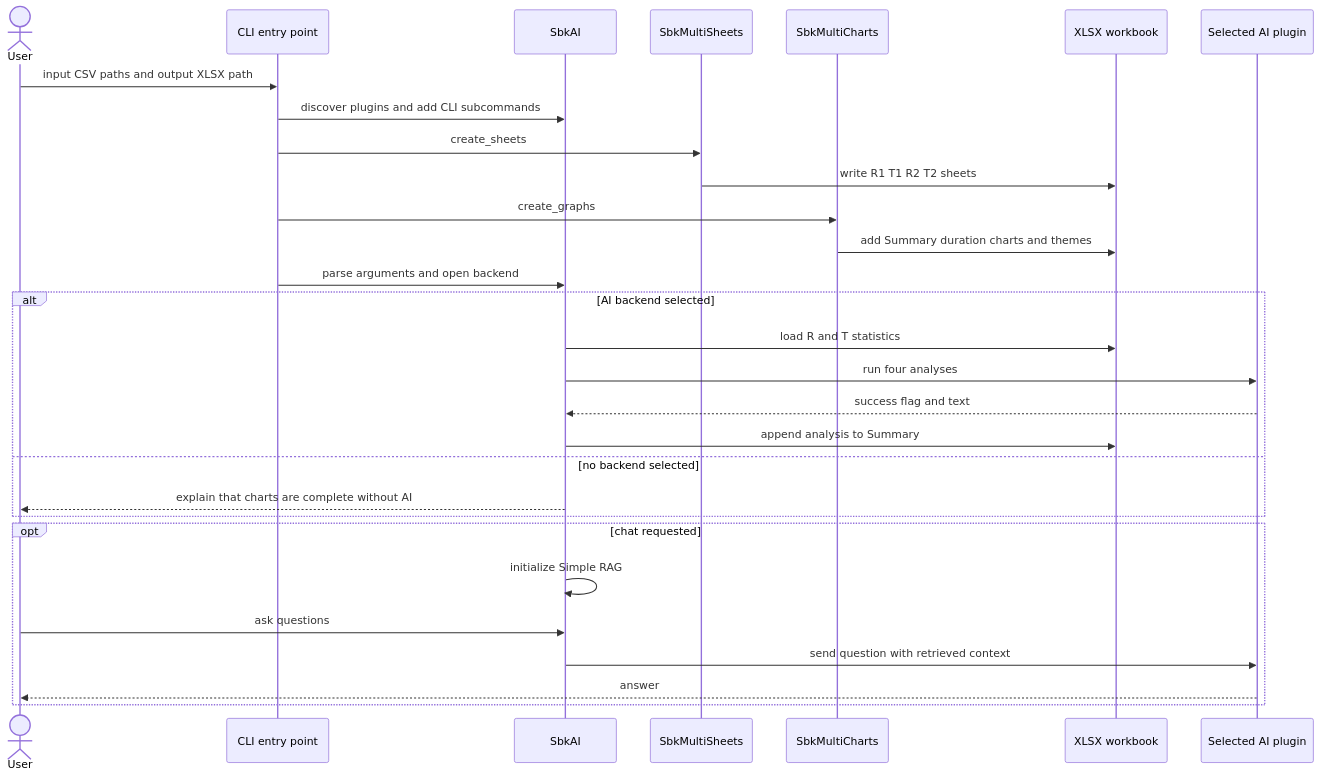
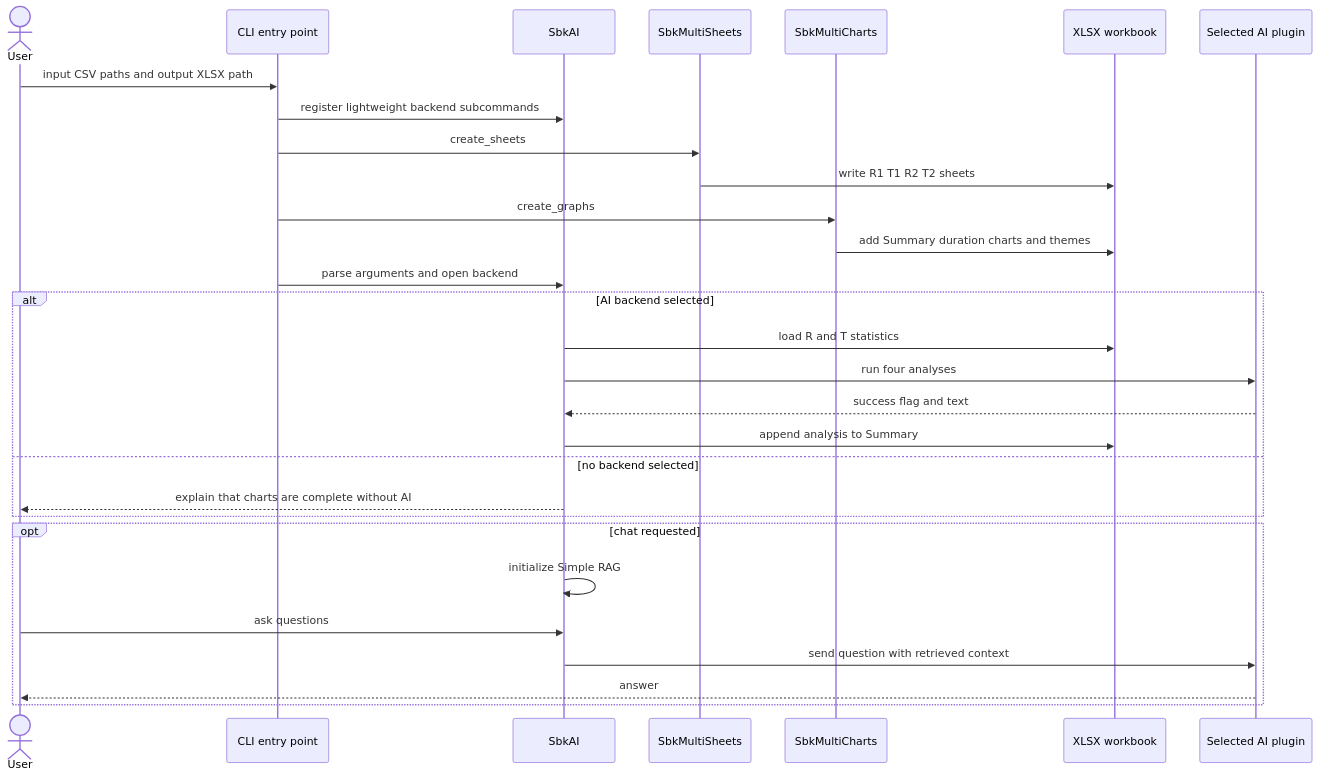
Before and after one commit to kmgowda/sbk-charts: the second of 8 diagrams in docs/ARCHITECTURE.md, drawn with Mermaid. The commit also changed other lines of this file and 38 other files, not shown here.

````diff
--- a/docs/ARCHITECTURE.md
+++ b/docs/ARCHITECTURE.md
@@ -54,32 +54,32 @@
 ```mermaid
 sequenceDiagram
     actor User
     participant Main as CLI entry point
     participant AI as SbkAI
     participant Sheets as SbkMultiSheets
     participant Charts as SbkMultiCharts
     participant Book as XLSX workbook
     participant Plugin as Selected AI plugin
 
     User->>Main: input CSV paths and output XLSX path
-    Main->>AI: discover plugins and add CLI subcommands
+    Main->>AI: register lightweight backend subcommands
     Main->>Sheets: create_sheets
     Sheets->>Book: write R1 T1 R2 T2 sheets
     Main->>Charts: create_graphs
     Charts->>Book: add Summary duration charts and themes
     Main->>AI: parse arguments and open backend
     alt AI backend selected
         AI->>Book: load R and T statistics
         AI->>Plugin: run four analyses
         Plugin-->>AI: success flag and text
         AI->>Book: append analysis to Summary
     else no backend selected
         AI-->>User: explain that charts are complete without AI
     end
     opt chat requested
         AI->>AI: initialize Simple RAG
         User->>AI: ask questions
         AI->>Plugin: send question with retrieved context
         Plugin-->>User: answer
     end
 ```
````
